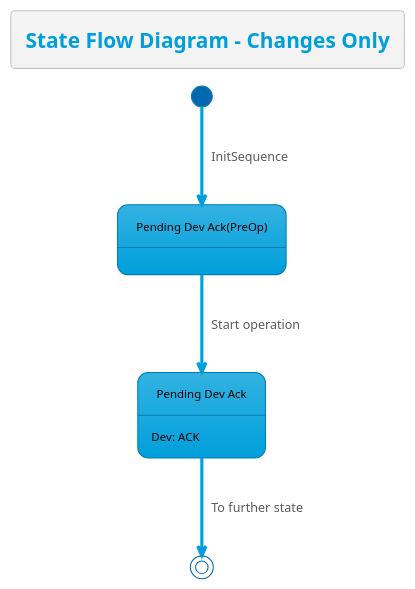
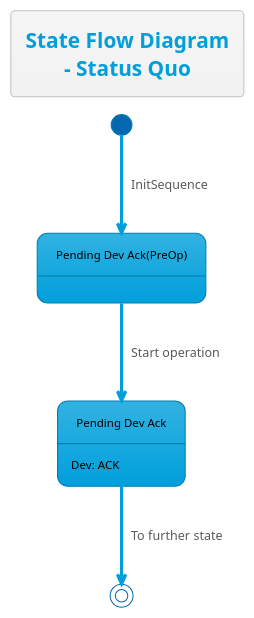
Before and after one commit to thetomitomo/diagrams: the diagram in src/Multi-Day-Deployment/2midTermStatusQuo.plantuml, drawn with PlantUML. The commit also changed 3 other files, not shown here.

```diff
--- a/src/Multi-Day-Deployment/2midTermStatusQuo.plantuml
+++ b/src/Multi-Day-Deployment/2midTermStatusQuo.plantuml
@@ -1,17 +1,17 @@
 @startuml
 !theme bluegray
 skinparam FooterFontColor black
 skinparam StateFontColor black
 
 state "Pending Dev Ack(PreOp)" as pendingDevAckPreOp
 state "Pending Dev Ack" as pendingDevAck
 
-title State Flow Diagram - Changes Only
+title State Flow Diagram\n- Status Quo
 
 [*] --> pendingDevAckPreOp : InitSequence
 pendingDevAckPreOp --> pendingDevAck : Start operation
 
 pendingDevAck: Dev: ACK
 pendingDevAck --> [*] : To further state
 
 @enduml
```
